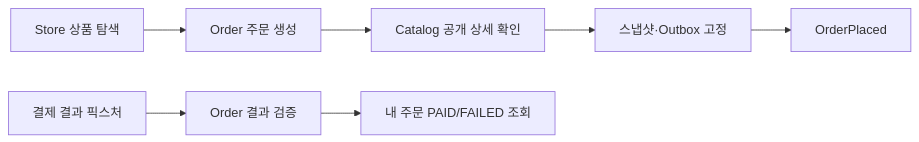
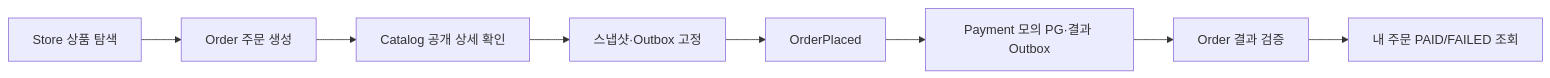
Before and after one commit to tlswltjq/esd-platform: the second of 2 diagrams in docs/domain/workflows.md, drawn with Mermaid. The commit also changed other lines of this file and 179 other files, not shown here.

````diff
--- a/docs/domain/workflows.md
+++ b/docs/domain/workflows.md
@@ -68,9 +69,10 @@
 ```mermaid
 flowchart LR
     S[Store 상품 탐색] --> O[Order 주문 생성]
     O --> C[Catalog 공개 상세 확인]
     C --> F[스냅샷·Outbox 고정]
     F --> P[OrderPlaced]
-    T[결제 결과 픽스처] --> R[Order 결과 검증]
+    P --> T[Payment 모의 PG·결과 Outbox]
+    T --> R[Order 결과 검증]
     R --> Q[내 주문 PAID/FAILED 조회]
 ```
````
